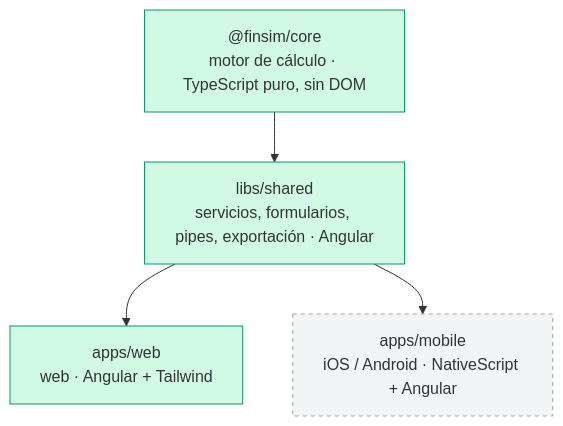
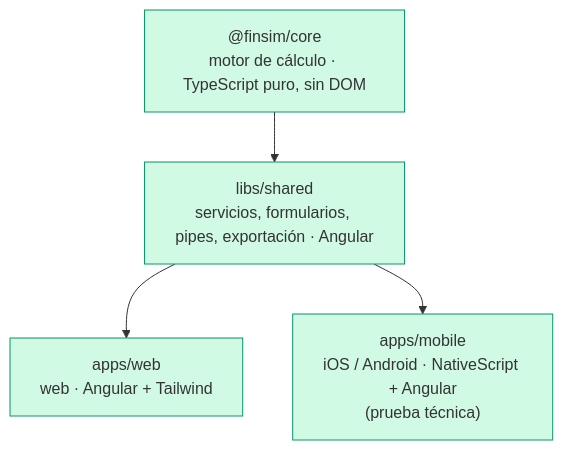
One commit to etenorio87/finsim changed the diagram in README.md. Above: the diagram before and after it, drawn with Mermaid. The commit also changed other lines of this file and 85 other files, not shown here.

First line of the commit message:
Fase 4: prueba técnica de NativeScript (@finsim/mobile)

````diff
--- a/README.md
+++ b/README.md
@@ -36,16 +36,15 @@
 ```mermaid
 flowchart TD
     core["@finsim/core<br/>motor de cálculo · TypeScript puro, sin DOM"]
     shared["libs/shared<br/>servicios, formularios, pipes, exportación · Angular"]
     web["apps/web<br/>web · Angular + Tailwind"]
-    mobile["apps/mobile<br/>iOS / Android · NativeScript + Angular"]
+    mobile["apps/mobile<br/>iOS / Android · NativeScript + Angular<br/>(prueba técnica)"]
 
     core --> shared
     shared --> web
     shared --> mobile
 
     classDef actual fill:#d1fae5,stroke:#059669
     classDef previsto fill:#f3f4f6,stroke:#9ca3af,stroke-dasharray:4
-    class core,shared,web actual
-    class mobile previsto
+    class core,shared,web,mobile actual
 ```
````
